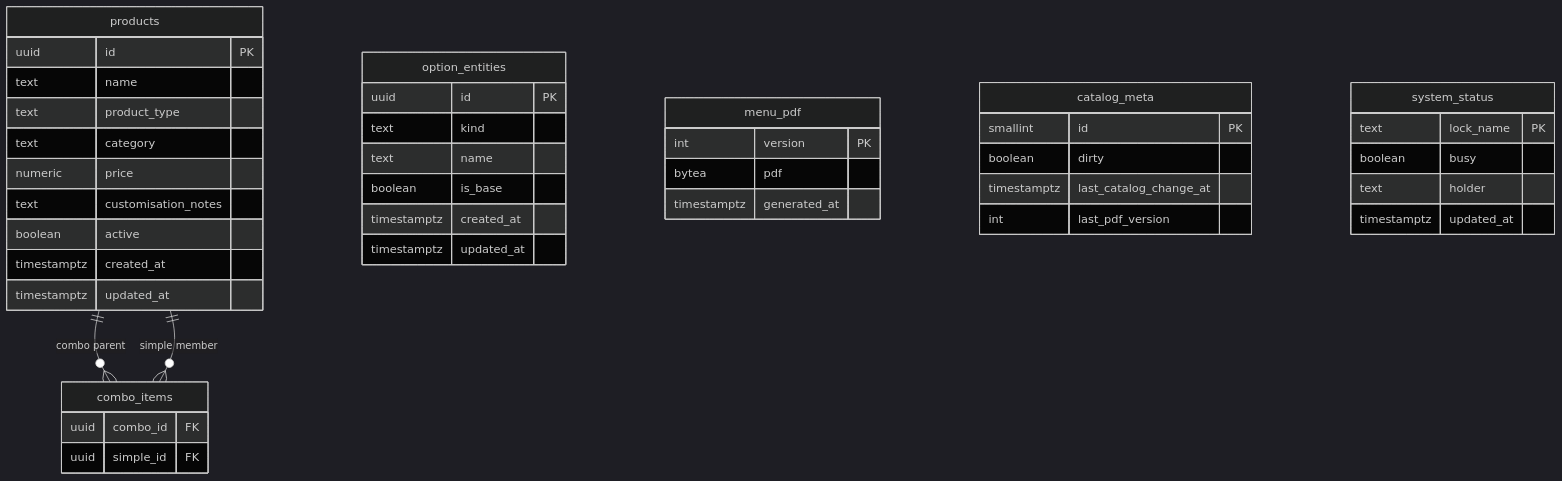
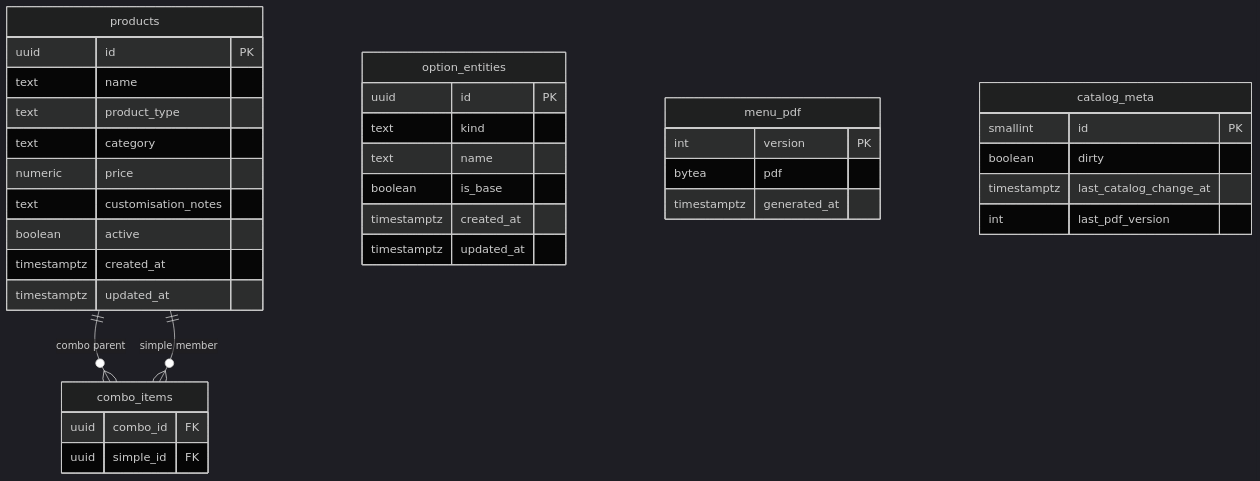
The second of 9 diagrams in docs/design.md (PereRohit/create-your-pizza), drawn with Mermaid (dark theme) before and after one commit. The commit also changed other lines of this file and 7 other files, not shown here.

````diff
--- a/docs/design.md
+++ b/docs/design.md
@@ -139,45 +139,39 @@
 ```mermaid
 erDiagram
   products ||--o{ combo_items : "combo parent"
   products ||--o{ combo_items : "simple member"
   products {
     uuid id PK
     text name
     text product_type
     text category
     numeric price
     text customisation_notes
     boolean active
     timestamptz created_at
     timestamptz updated_at
   }
   combo_items {
     uuid combo_id FK
     uuid simple_id FK
   }
   option_entities {
     uuid id PK
     text kind
     text name
     boolean is_base
     timestamptz created_at
     timestamptz updated_at
   }
   menu_pdf {
     int version PK
     bytea pdf
     timestamptz generated_at
   }
   catalog_meta {
     smallint id PK
     boolean dirty
     timestamptz last_catalog_change_at
     int last_pdf_version
   }
-  system_status {
-    text lock_name PK
-    boolean busy
-    text holder
-    timestamptz updated_at
-  }
 ```
````
